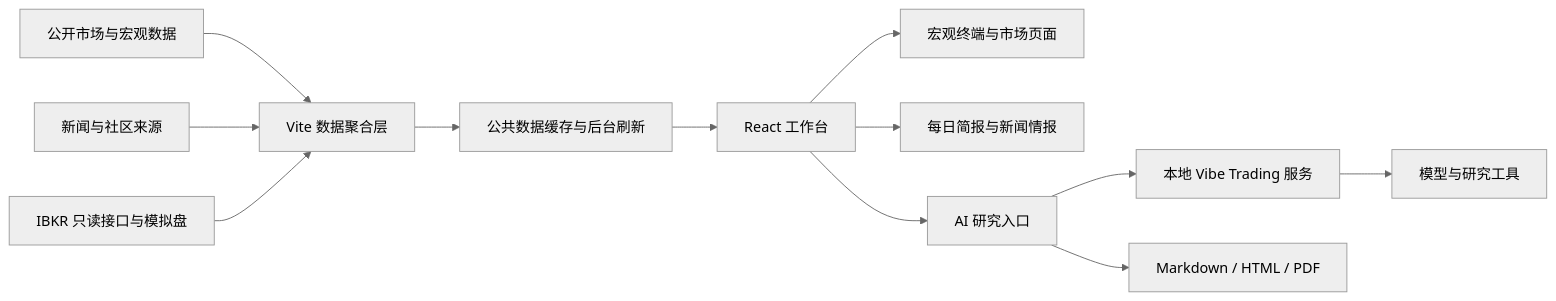
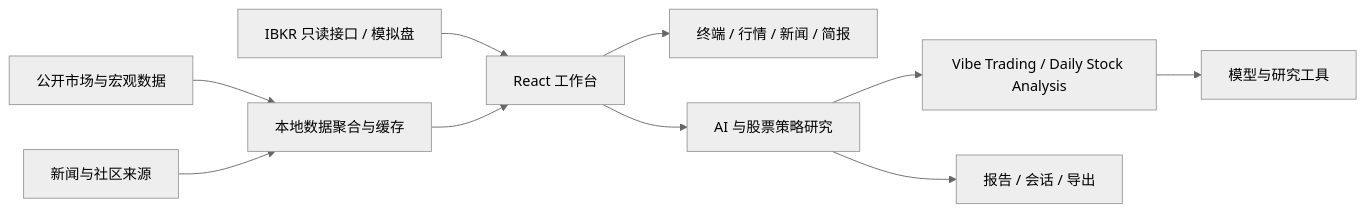
Before and after one commit to XiaoyeCodes/SparkFlow: the diagram in README.md, drawn with Mermaid (neutral theme). The commit also changed other lines of this file and 5 other files, not shown here.

````diff
--- a/README.md
+++ b/README.md
@@ -99,14 +206,12 @@
 ```mermaid
 flowchart LR
-    PUBLIC[公开市场与宏观数据] --> API[Vite 数据聚合层]
+    DATA[公开市场与宏观数据] --> API[本地数据聚合与缓存]
     NEWS[新闻与社区来源] --> API
-    IBKR[IBKR 只读接口与模拟盘] --> API
-    API --> CACHE[公共数据缓存与后台刷新]
-    CACHE --> UI[React 工作台]
-    UI --> TERMINAL[宏观终端与市场页面]
-    UI --> BRIEF[每日简报与新闻情报]
-    UI --> RESEARCH[AI 研究入口]
-    RESEARCH --> VIBE[本地 Vibe Trading 服务]
-    VIBE --> MODELS[模型与研究工具]
-    RESEARCH --> EXPORT[Markdown / HTML / PDF]
+    PAPER[IBKR 只读接口 / 模拟盘] --> UI[React 工作台]
+    API --> UI
+    UI --> VIEW[终端 / 行情 / 新闻 / 简报]
+    UI --> RESEARCH[AI 与股票策略研究]
+    RESEARCH --> ENGINE[Vibe Trading / Daily Stock Analysis]
+    ENGINE --> MODELS[模型与研究工具]
+    RESEARCH --> REPORT[报告 / 会话 / 导出]
 ```
````
